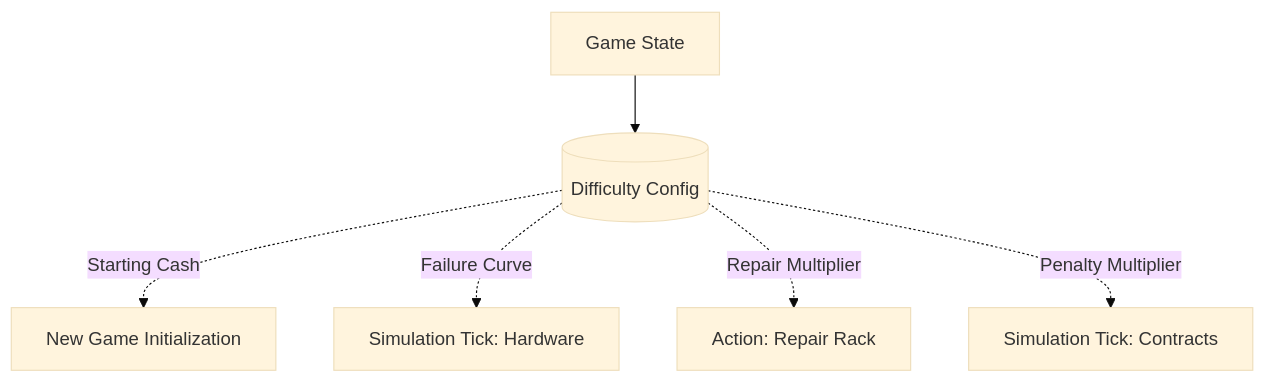
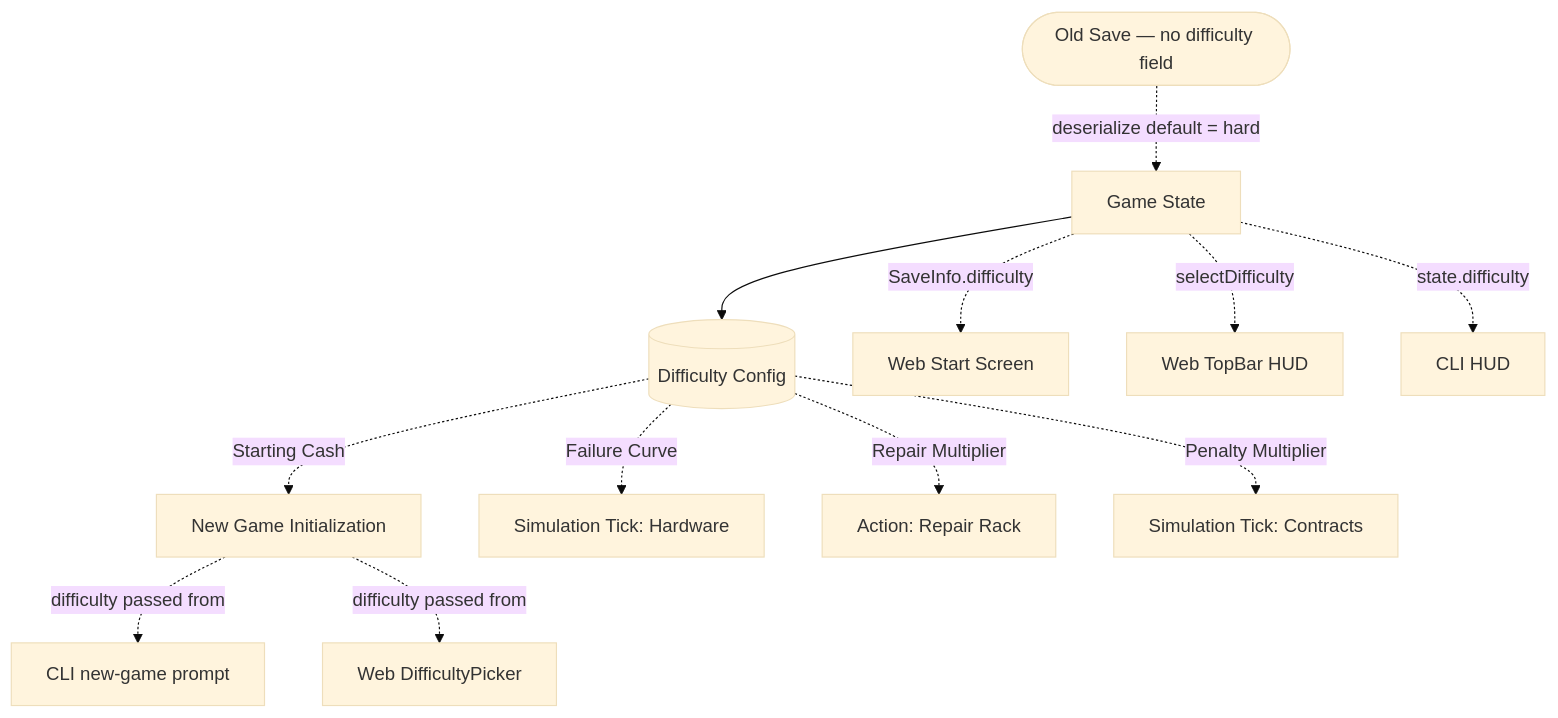
Before and after one commit to championswimmer/datacenter-tycoon: the diagram in .agents/plans/033-game-difficulty-modes.md, drawn with Mermaid (base theme). The commit also changed other lines of this file, not shown here.

First line of the commit message:
Expand plan 033: add web difficulty selection, save badge, HUD display, and legacy migration

````diff
--- a/.agents/plans/033-game-difficulty-modes.md
+++ b/.agents/plans/033-game-difficulty-modes.md
@@ -31,10 +39,19 @@
 ```mermaid
 flowchart TD
     DifficultyConfig[(Difficulty Config)]
     GameState[Game State] --> DifficultyConfig
-    
+
     DifficultyConfig -.-> |Starting Cash| Init[New Game Initialization]
     DifficultyConfig -.-> |Failure Curve| SimTick[Simulation Tick: Hardware]
     DifficultyConfig -.-> |Repair Multiplier| ActionRepair[Action: Repair Rack]
     DifficultyConfig -.-> |Penalty Multiplier| SimTickContracts[Simulation Tick: Contracts]
+
+    Init -.-> |difficulty passed from| CLIPicker[CLI new-game prompt]
+    Init -.-> |difficulty passed from| WebPicker[Web DifficultyPicker]
+
+    GameState -.-> |SaveInfo.difficulty| StartScreen[Web Start Screen]
+    GameState -.-> |selectDifficulty| TopBar[Web TopBar HUD]
+    GameState -.-> |state.difficulty| CLIHUD[CLI HUD]
+
+    OldSave([Old Save — no difficulty field]) -.-> |deserialize default = hard| GameState
 ```
````
